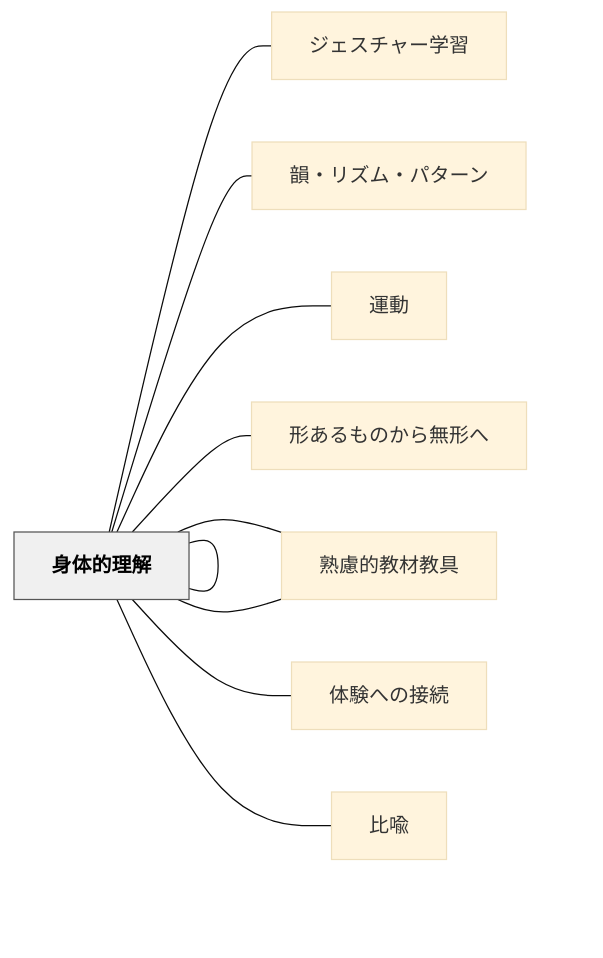
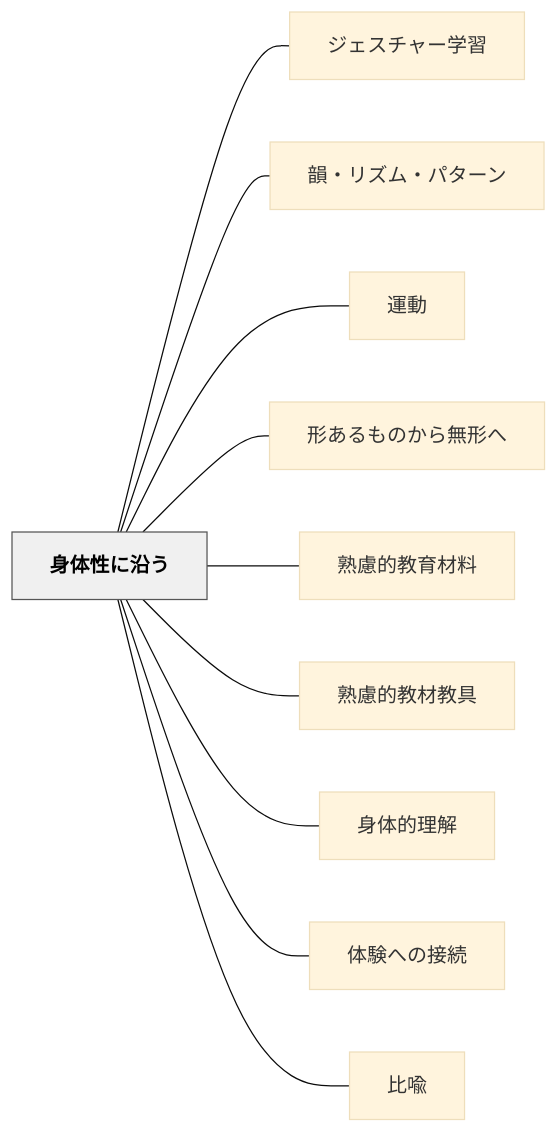
The diagram in content/パタン/身体性に沿う.md (unknownthings-ed-patterns/unknownthings-ed-patterns), drawn with Mermaid (base theme) before and after one commit. The commit also changed 527 other files, not shown here.

````diff
--- a/content/パタン/身体性に沿う.md
+++ b/content/パタン/身体性に沿う.md
@@ -73,26 +73,26 @@
 ```mermaid
 flowchart LR
-    ne8baabe4bd93["身体性に沿う"]
-    ne382b8e382a7["ジェスチャー学習"]
-    ne99fbbe383bb["韻・リズム・パターン"]
+    ne8baabe4bd93e680a7e381abe6b2bfe38186["身体性に沿う"]
+    ne382b8e382a7e382b9e38381e383a3e383bce5ada6e7bf92["ジェスチャー学習"]
+    ne99fbbe383bbe383aae382bae383a0e383bbe38391e382bfe383bce383b3["韻・リズム・パターン"]
     ne9818be58b95["運動"]
-    ne5bda2e38182["形あるものから無形へ"]
-    ne7869fe685ae["熟慮的教育材料"]
-    ne7869fe685ae["熟慮的教材教具"]
-    ne8baabe4bd93["身体的理解"]
-    ne4bd93e9a893["体験への接続"]
+    ne5bda2e38182e3828be38282e381aee3818be38289e784a1e5bda2e381b8["形あるものから無形へ"]
+    ne7869fe685aee79a84e69599e882b2e69d90e69699["熟慮的教育材料"]
+    ne7869fe685aee79a84e69599e69d90e69599e585b7["熟慮的教材教具"]
+    ne8baabe4bd93e79a84e79086e8a7a3["身体的理解"]
+    ne4bd93e9a893e381b8e381aee68ea5e7b69a["体験への接続"]
     ne6af94e596a9["比喩"]
 
-    ne8baabe4bd93 --- ne382b8e382a7
-    ne8baabe4bd93 --- ne99fbbe383bb
-    ne8baabe4bd93 --- ne9818be58b95
-    ne8baabe4bd93 --- ne5bda2e38182
-    ne8baabe4bd93 --- ne7869fe685ae
-    ne8baabe4bd93 --- ne7869fe685ae
-    ne8baabe4bd93 --- ne8baabe4bd93
-    ne8baabe4bd93 --- ne4bd93e9a893
-    ne8baabe4bd93 --- ne6af94e596a9
+    ne8baabe4bd93e680a7e381abe6b2bfe38186 --- ne382b8e382a7e382b9e38381e383a3e383bce5ada6e7bf92
+    ne8baabe4bd93e680a7e381abe6b2bfe38186 --- ne99fbbe383bbe383aae382bae383a0e383bbe38391e382bfe383bce383b3
+    ne8baabe4bd93e680a7e381abe6b2bfe38186 --- ne9818be58b95
+    ne8baabe4bd93e680a7e381abe6b2bfe38186 --- ne5bda2e38182e3828be38282e381aee3818be38289e784a1e5bda2e381b8
+    ne8baabe4bd93e680a7e381abe6b2bfe38186 --- ne7869fe685aee79a84e69599e882b2e69d90e69699
+    ne8baabe4bd93e680a7e381abe6b2bfe38186 --- ne7869fe685aee79a84e69599e69d90e69599e585b7
+    ne8baabe4bd93e680a7e381abe6b2bfe38186 --- ne8baabe4bd93e79a84e79086e8a7a3
+    ne8baabe4bd93e680a7e381abe6b2bfe38186 --- ne4bd93e9a893e381b8e381aee68ea5e7b69a
+    ne8baabe4bd93e680a7e381abe6b2bfe38186 --- ne6af94e596a9
 
     classDef hub fill:#f0f0f0,stroke:#555,color:#000,font-weight:bold
-    class ne8baabe4bd93 hub
+    class ne8baabe4bd93e680a7e381abe6b2bfe38186 hub
 ```
````
